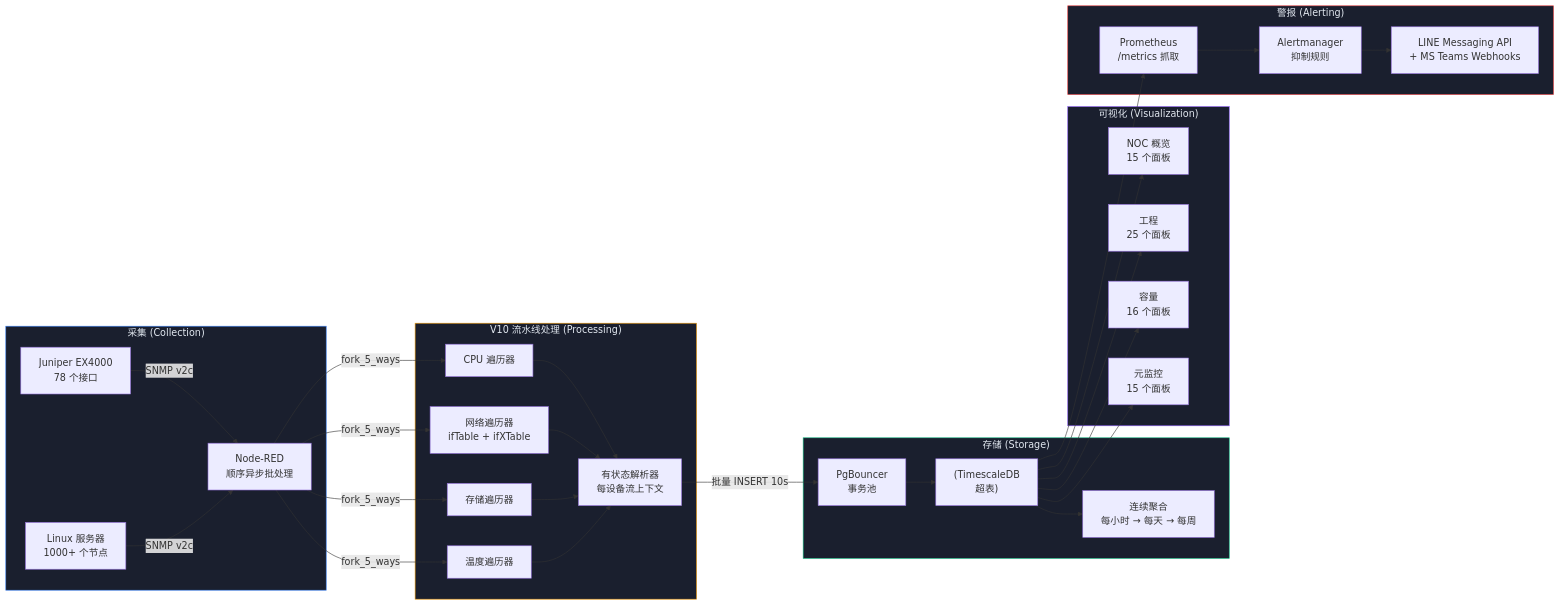
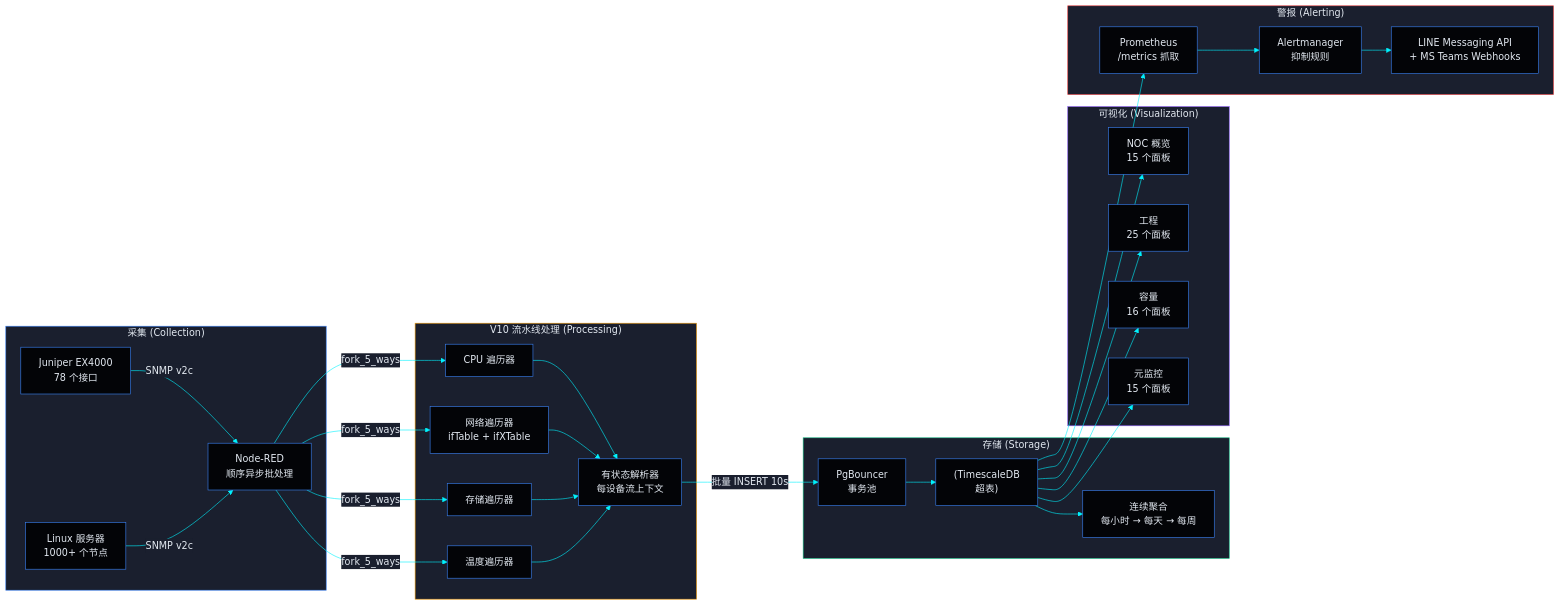
One commit to PATTANAKORN025/IMS changed the diagram in README-zh-CN.md. Above: the diagram before and after it, drawn with Mermaid. The commit also changed other lines of this file and 9 other files, not shown here.

````diff
--- a/README-zh-CN.md
+++ b/README-zh-CN.md
@@ -197,43 +205,44 @@
 ```mermaid
+%%{init: {'theme': 'base', 'themeVariables': { 'primaryColor': '#030407', 'primaryTextColor': '#e2e8f0', 'primaryBorderColor': '#3B82F6', 'lineColor': '#00F2FE', 'secondaryColor': '#1a1f2e', 'tertiaryColor': '#030407'}}}%%
 flowchart LR
   subgraph Collection ["采集 (Collection)"]
     J["Juniper EX4000\n78 个接口"] -->|SNMP v2c| W["Node-RED\n顺序异步批处理"]
     S["Linux 服务器\n1000+ 个节点"] -->|SNMP v2c| W
   end
 
   subgraph Processing ["V10 流水线处理 (Processing)"]
     W -->|fork_5_ways| CPU[CPU 遍历器]
     W -->|fork_5_ways| NET["网络遍历器\nifTable + ifXTable"]
     W -->|fork_5_ways| STO[存储遍历器]
     W -->|fork_5_ways| TMP[温度遍历器]
     CPU --> P["有状态解析器\n每设备流上下文"]
     NET --> P
     STO --> P
     TMP --> P
   end
 
   subgraph Storage ["存储 (Storage)"]
     P -->|批量 INSERT 10s| B["PgBouncer\n事务池"]
     B --> T["(TimescaleDB\n超表)"]
     T --> CAGG["连续聚合<br>每小时 → 每天 → 每周"]
   end
 
   subgraph Visualization ["可视化 (Visualization)"]
     T --> G1["NOC 概览\n15 个面板"]
     T --> G2["工程\n25 个面板"]
     T --> G3["容量\n16 个面板"]
     T --> G4["元监控\n15 个面板"]
   end
 
   subgraph Alerting ["警报 (Alerting)"]
     T --> PR["Prometheus\n/metrics 抓取"]
     PR --> AM["Alertmanager\n抑制规则"]
     AM --> WEB["LINE Messaging API\n+ MS Teams Webhooks"]
   end
 
   style Collection fill:#1a1f2e,stroke:#3B82F6,color:#e2e8f0
   style Processing fill:#1a1f2e,stroke:#F59E0B,color:#e2e8f0
   style Storage fill:#1a1f2e,stroke:#10B981,color:#e2e8f0
   style Visualization fill:#1a1f2e,stroke:#8B5CF6,color:#e2e8f0
   style Alerting fill:#1a1f2e,stroke:#EF4444,color:#e2e8f0
 ```
````
